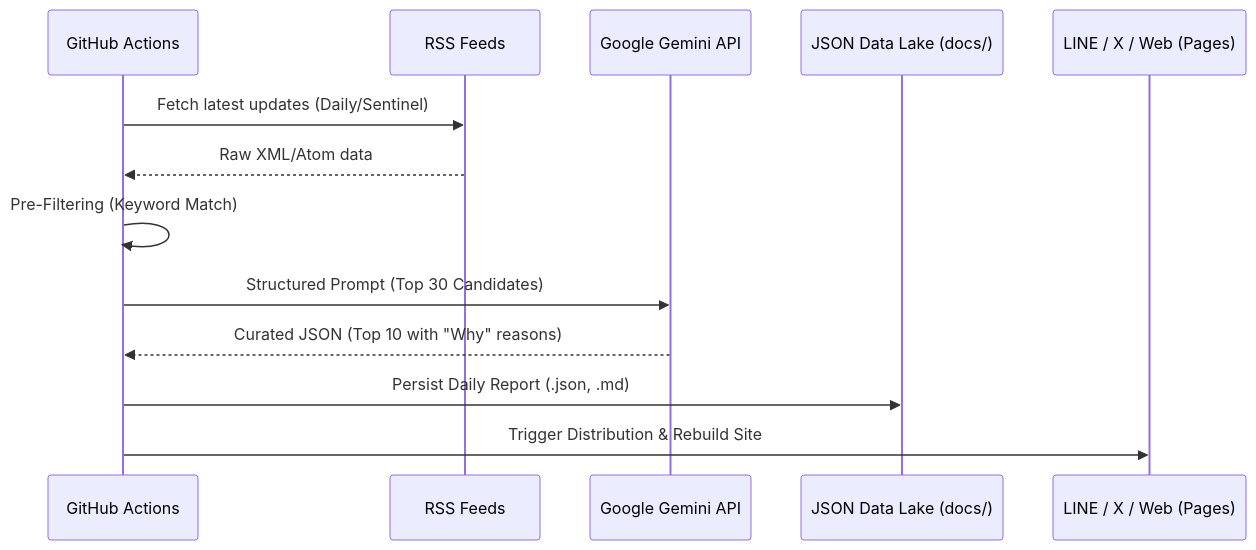
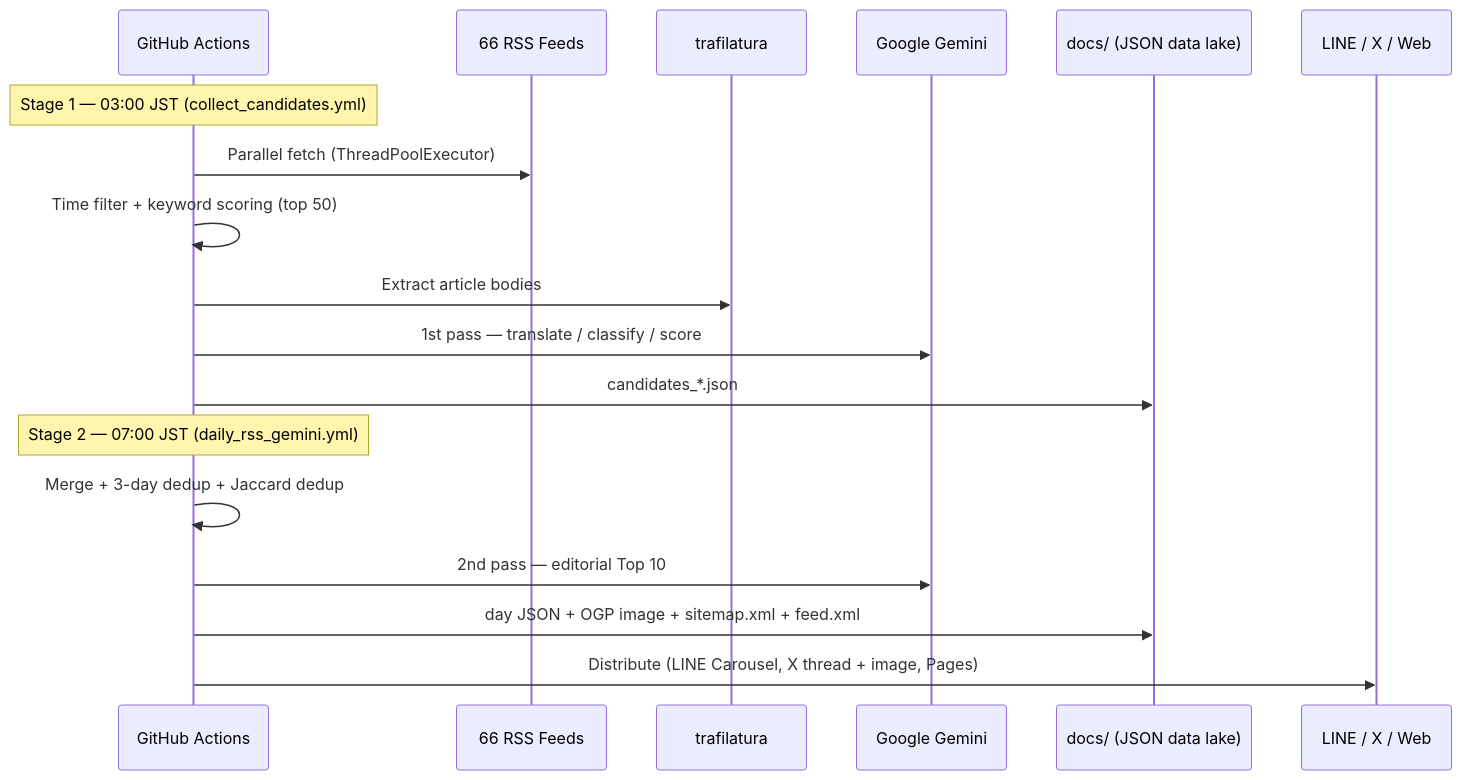
The diagram in docs/ARCHITECTURE.md (TadFuji/ai-news-bot), drawn with Mermaid before and after one commit. The commit also changed other lines of this file and 13 other files, not shown here.

````diff
--- a/docs/ARCHITECTURE.md
+++ b/docs/ARCHITECTURE.md
@@ -28,16 +47,22 @@
 ```mermaid
 sequenceDiagram
     participant GH as GitHub Actions
-    participant RSS as RSS Feeds
-    participant GM as Google Gemini API
-    participant DB as JSON Data Lake (docs/)
-    participant SNS as LINE / X / Web (Pages)
+    participant RSS as 66 RSS Feeds
+    participant TR as trafilatura
+    participant GM as Google Gemini
+    participant DB as docs/ (JSON data lake)
+    participant SNS as LINE / X / Web
 
-    GH->>RSS: Fetch latest updates (Daily/Sentinel)
-    RSS-->>GH: Raw XML/Atom data
-    GH->>GH: Pre-Filtering (Keyword Match)
-    GH->>GM: Structured Prompt (Top 30 Candidates)
-    GM-->>GH: Curated JSON (Top 10 with "Why" reasons)
-    GH->>DB: Persist Daily Report (.json, .md)
-    GH->>SNS: Trigger Distribution & Rebuild Site
+    Note over GH: Stage 1 — 03:00 JST (collect_candidates.yml)
+    GH->>RSS: Parallel fetch (ThreadPoolExecutor)
+    GH->>GH: Time filter + keyword scoring (top 50)
+    GH->>TR: Extract article bodies
+    GH->>GM: 1st pass — translate / classify / score
+    GH->>DB: candidates_*.json
+
+    Note over GH: Stage 2 — 07:00 JST (daily_rss_gemini.yml)
+    GH->>GH: Merge + 3-day dedup + Jaccard dedup
+    GH->>GM: 2nd pass — editorial Top 10
+    GH->>DB: day JSON + OGP image + sitemap.xml + feed.xml
+    GH->>SNS: Distribute (LINE Carousel, X thread + image, Pages)
 ```
````
